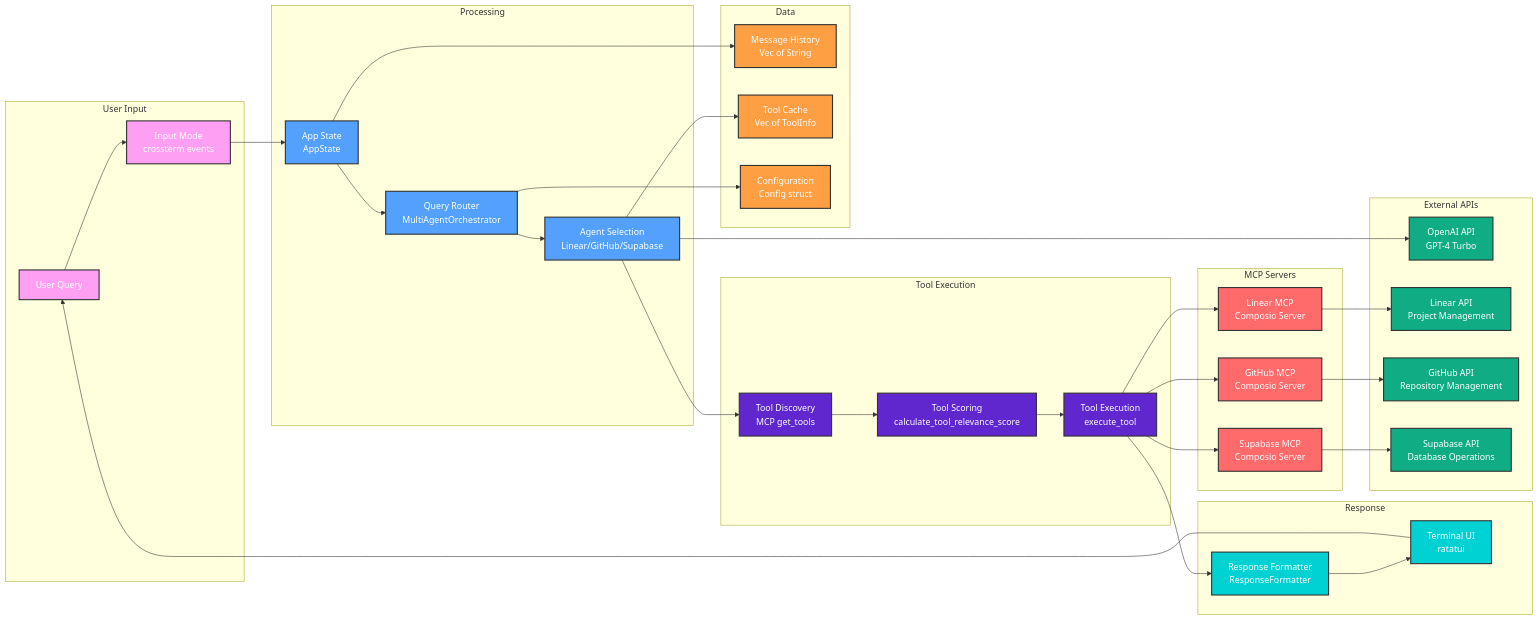
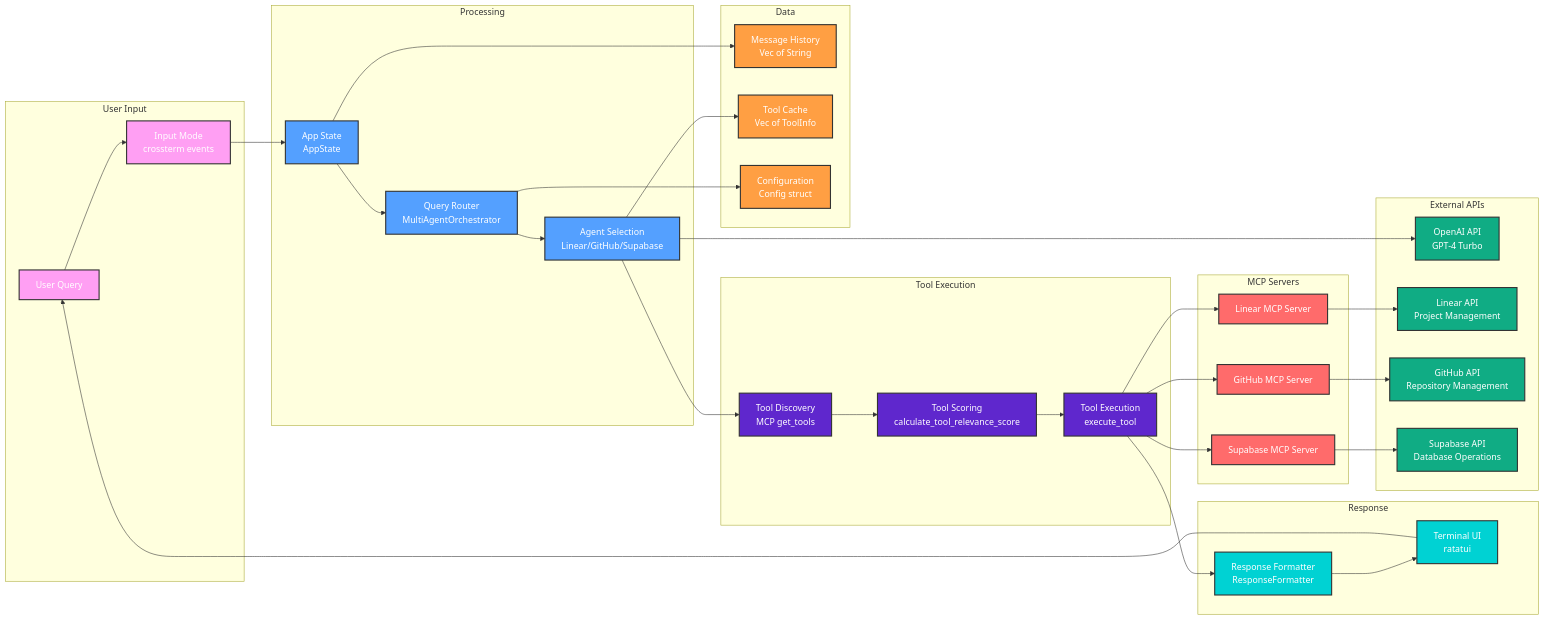
The second of 5 diagrams in ARCHITECTURE.md (rohittcodes/codepilot), drawn with Mermaid before and after one commit. The commit also changed other lines of this file and 22 other files, not shown here.

First line of the commit message:
Phase 1: repoint to single code-task flow + Phase 2 slice 1: tsc verification gate

```diff
--- a/ARCHITECTURE.md
+++ b/ARCHITECTURE.md
@@ -147,9 +147,9 @@
 
     %% MCP Servers
     subgraph "MCP Servers"
-        LinearMCP[Linear MCP<br/>Composio Server]
-        GitHubMCP[GitHub MCP<br/>Composio Server]
-        SupabaseMCP[Supabase MCP<br/>Composio Server]
+        LinearMCP[Linear MCP Server]
+        GitHubMCP[GitHub MCP Server]
+        SupabaseMCP[Supabase MCP Server]
     end
 
     %% Flow Connections
```
